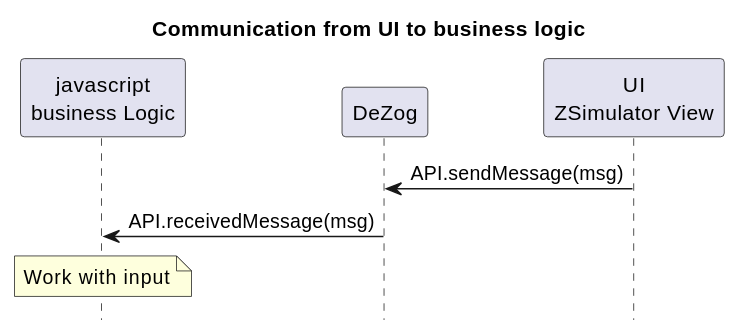
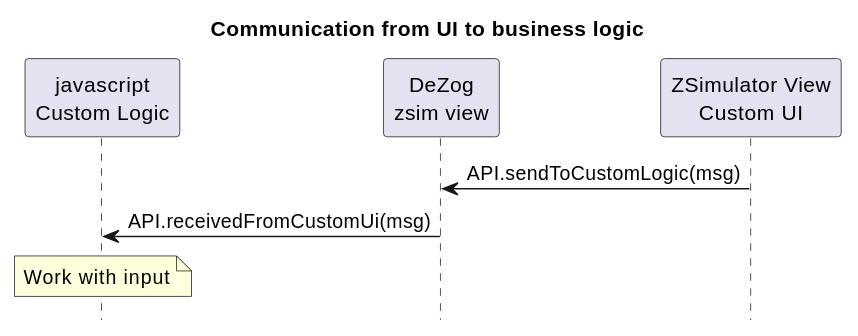
The sixth of 9 diagrams in documentation/zsimPeripherals.md (maziac/DeZog), drawn with PlantUML before and after one commit. The commit also changed other lines of this file and 1 other file, not shown here.

```diff
--- a/documentation/zsimPeripherals.md
+++ b/documentation/zsimPeripherals.md
@@ -261,11 +261,11 @@
 ~~~puml
 hide footbox
 title Communication from UI to business logic
-participant js as "javascript\nbusiness Logic"
-participant dezog as "DeZog"
-participant ui as "UI\nZSimulator View"
+participant js as "javascript\nCustom Logic"
+participant dezog as "DeZog\nzsim view"
+participant ui as "ZSimulator View\nCustom UI"
 
-dezog <- ui: API.sendMessage(msg)
-js <- dezog: API.receivedMessage(msg)
+dezog <- ui: API.sendToCustomLogic(msg)
+js <- dezog: API.receivedFromCustomUi(msg)
 note over js: Work with input
 ~~~
```
